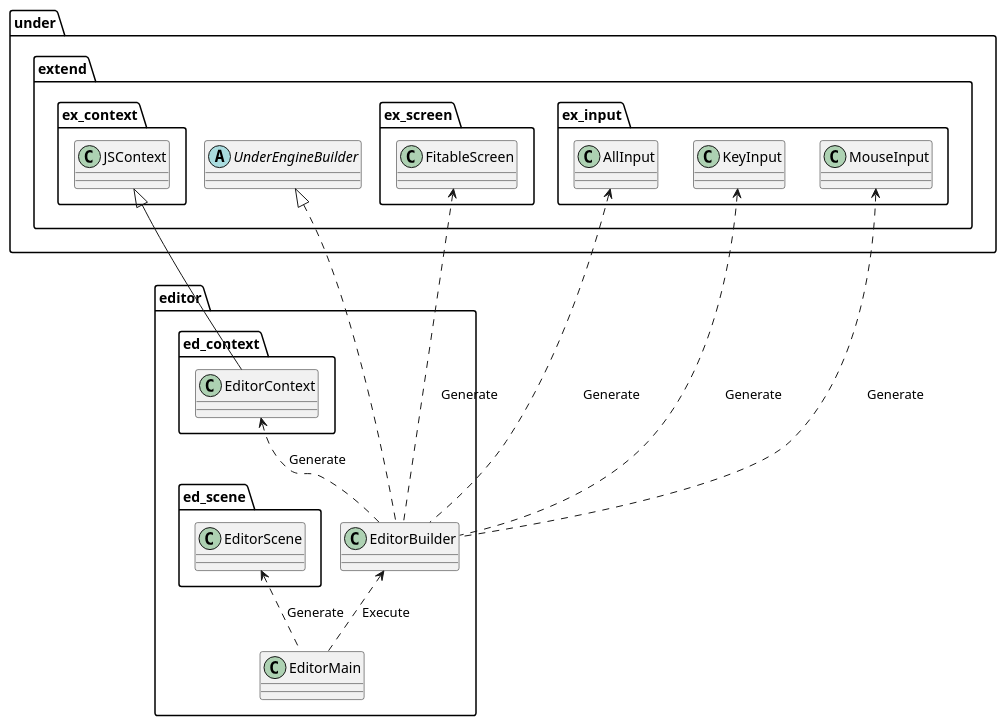
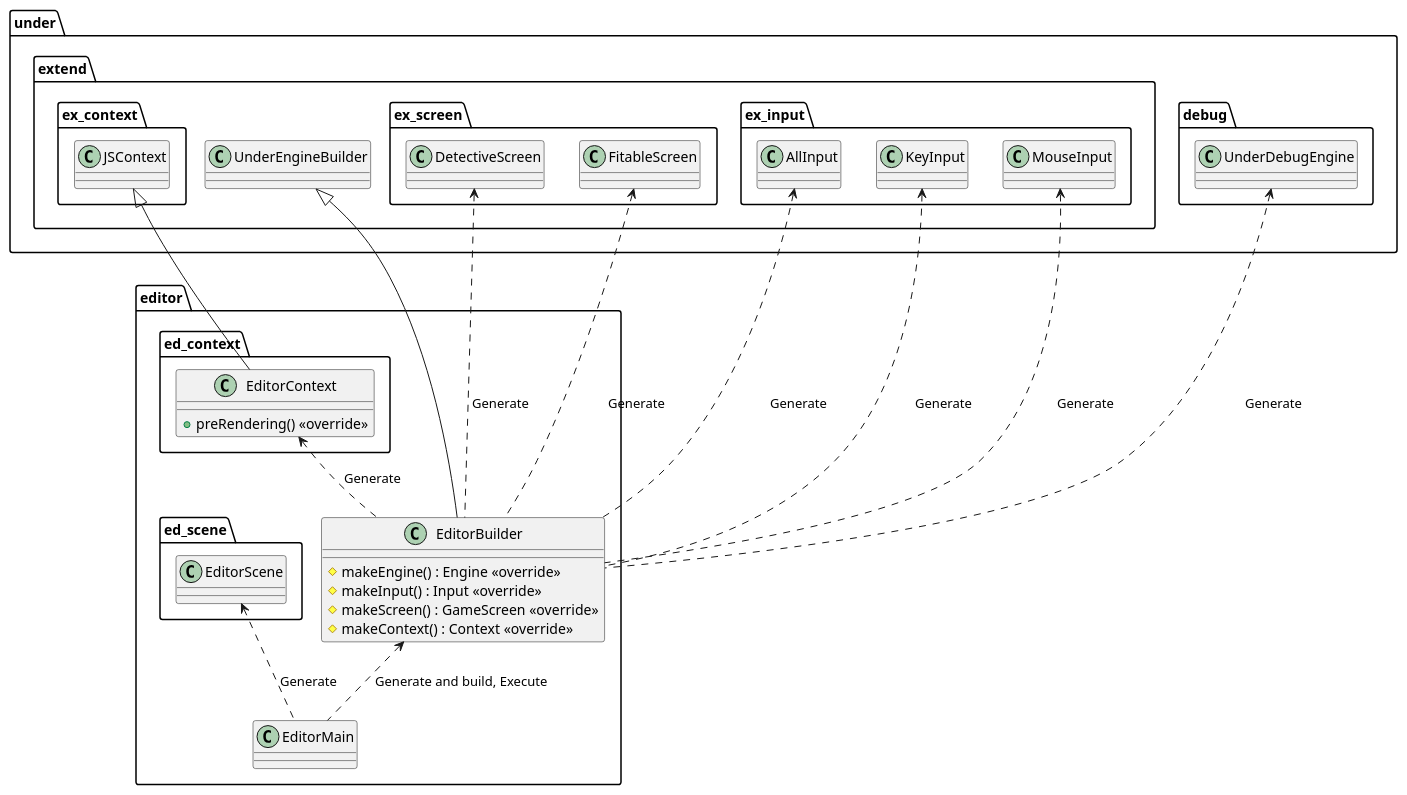
Before and after one commit to Expine/Under: the diagram in uml/editor/GameBase.wsd, drawn with PlantUML. The commit also changed 1 other file, not shown here.

Commit message:
Fix editor gamebase

```diff
--- a/uml/editor/GameBase.wsd
+++ b/uml/editor/GameBase.wsd
@@ -1,46 +1,59 @@
 @startuml EditorGameBase
 
 package editor {
     class EditorMain
-    class EditorBuilder
+    class EditorBuilder {
+        #makeEngine() : Engine <<override>>
+        #makeInput() : Input <<override>>
+        #makeScreen() : GameScreen <<override>>
+        #makeContext() : Context <<override>>
+    }
 
     package ed_context {
-        class EditorContext
+        class EditorContext {
+            +preRendering() <<override>>
+        }
     }
 }
 
 package under {
     package extend {
-        abstract UnderEngineBuilder
+        class UnderEngineBuilder
         package ex_context {
             class JSContext
         }
         package ex_screen {
+            class DetectiveScreen
             class FitableScreen
         }
         package ex_input {
             class AllInput
             class KeyInput
             class MouseInput
         }
+    }
+    package debug {
+        class UnderDebugEngine
     }
 }
 
 package editor {
     package ed_scene {
         class EditorScene
     }
 }
 
-EditorBuilder <.. EditorMain : "Execute"
-EditorScene <.. EditorMain : "Generate"
-FitableScreen <.. EditorBuilder : "Generate"
-EditorContext <.. EditorBuilder : "Generate"
-AllInput <.. EditorBuilder : "Generate"
-KeyInput <.. EditorBuilder : "Generate"
-MouseInput <.. EditorBuilder : "Generate"
+EditorBuilder <.. EditorMain : Generate and build, Execute
+EditorScene <.. EditorMain : Generate
+UnderDebugEngine <.. EditorBuilder : Generate
+DetectiveScreen <.. EditorBuilder : Generate
+FitableScreen <.. EditorBuilder : Generate
+EditorContext <.. EditorBuilder : Generate
+AllInput <.. EditorBuilder : Generate
+KeyInput <.. EditorBuilder : Generate
+MouseInput <.. EditorBuilder : Generate
 
-UnderEngineBuilder <|... EditorBuilder
+UnderEngineBuilder <|--- EditorBuilder
 JSContext <|-- EditorContext
 
 @enduml
```
